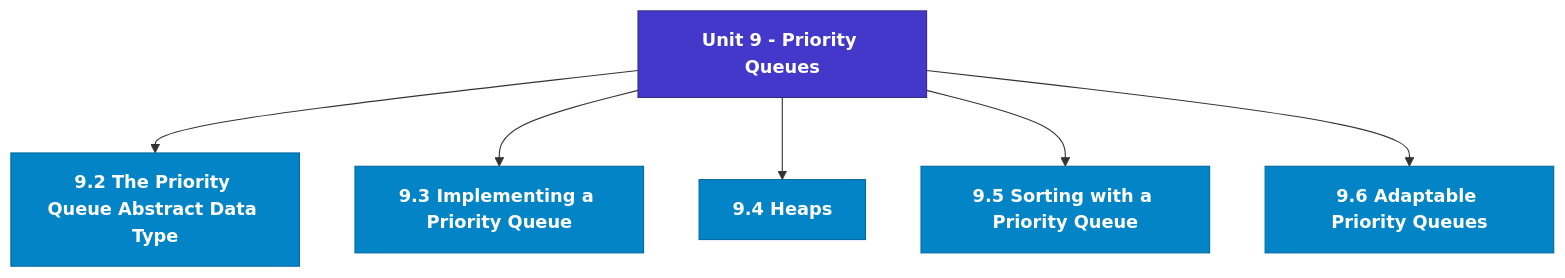
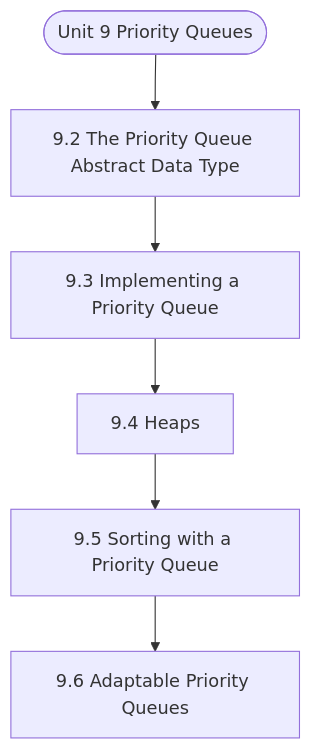
The diagram in notes/Semester_1/MCS-063_Data_Structures_using_Python/unit_09_Priority_Queues.md (Asutosh-Coaching/mscdsa), drawn with Mermaid before and after one commit. The commit also changed other lines of this file and 115 other files, not shown here.

Commit message:
Fix Mermaid layout for mobile, isolate LaTeX delimiters, and add GitHub Pages reader

````diff
--- a/notes/Semester_1/MCS-063_Data_Structures_using_Python/unit_09_Priority_Queues.md
+++ b/notes/Semester_1/MCS-063_Data_Structures_using_Python/unit_09_Priority_Queues.md
@@ -19,19 +19,14 @@
 ```mermaid
 flowchart TD
-  %% Styling Definitions
-  classDef head fill:#4338ca,stroke:#312e81,color:#ffffff,font-weight:bold;
-  classDef topic fill:#0284c7,stroke:#0369a1,color:#ffffff,font-weight:600;
-  classDef sub fill:#1e293b,stroke:#475569,color:#f8fafc;
-
-  Root["Unit 9 - Priority Queues"]:::head
-  M1["9.2 The Priority Queue Abstract Data Type"]:::topic
-  Root --> M1
-  M2["9.3 Implementing a Priority Queue"]:::topic
-  Root --> M2
-  M3["9.4 Heaps"]:::topic
-  Root --> M3
-  M4["9.5 Sorting with a Priority Queue"]:::topic
-  Root --> M4
-  M5["9.6 Adaptable Priority Queues"]:::topic
-  Root --> M5
+  Start(["Unit 9 Priority Queues"])
+  N1["9.2 The Priority Queue Abstract Data Type"]
+  N2["9.3 Implementing a Priority Queue"]
+  N3["9.4 Heaps"]
+  N4["9.5 Sorting with a Priority Queue"]
+  N5["9.6 Adaptable Priority Queues"]
+  Start --> N1
+  N1 --> N2
+  N2 --> N3
+  N3 --> N4
+  N4 --> N5
 ```
````
